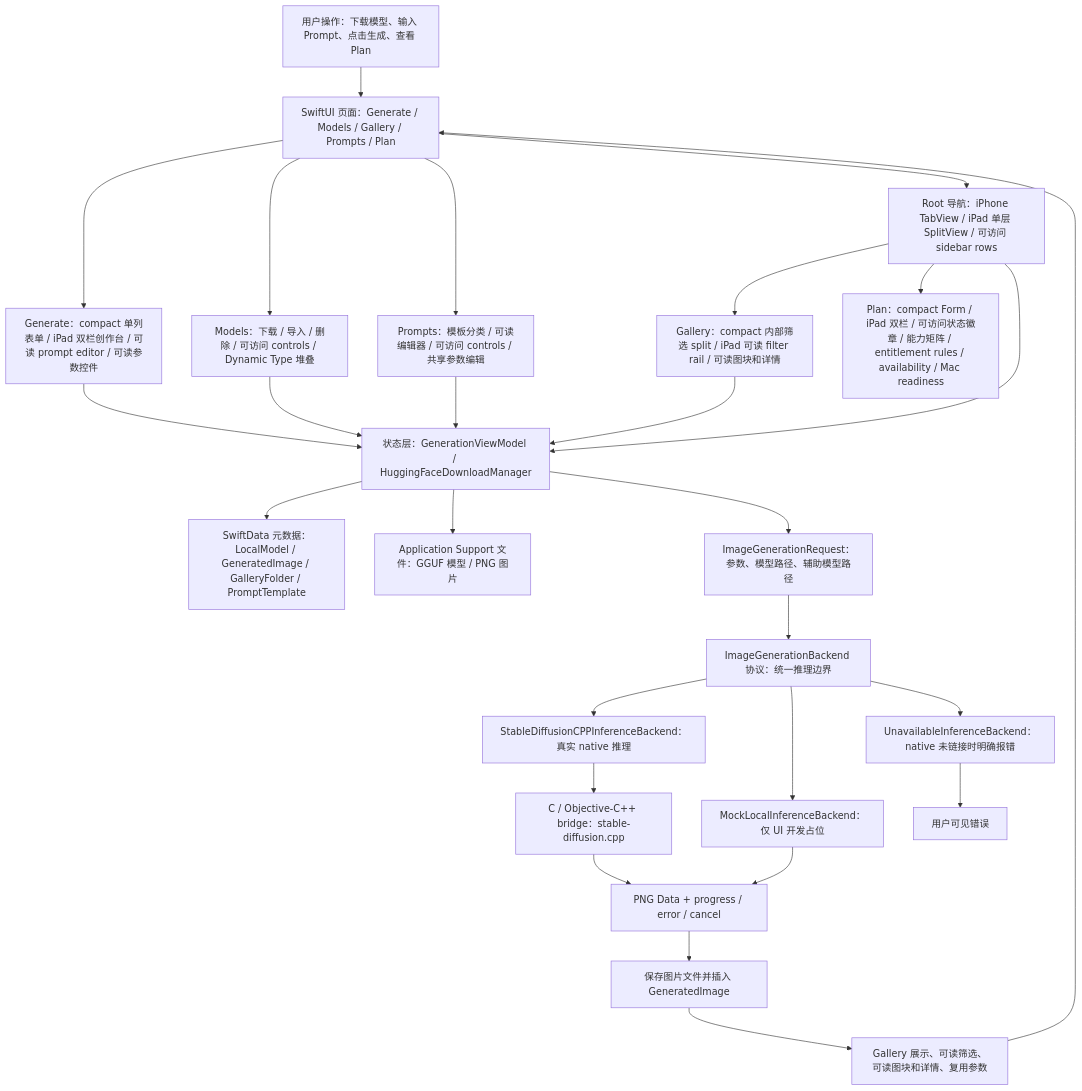
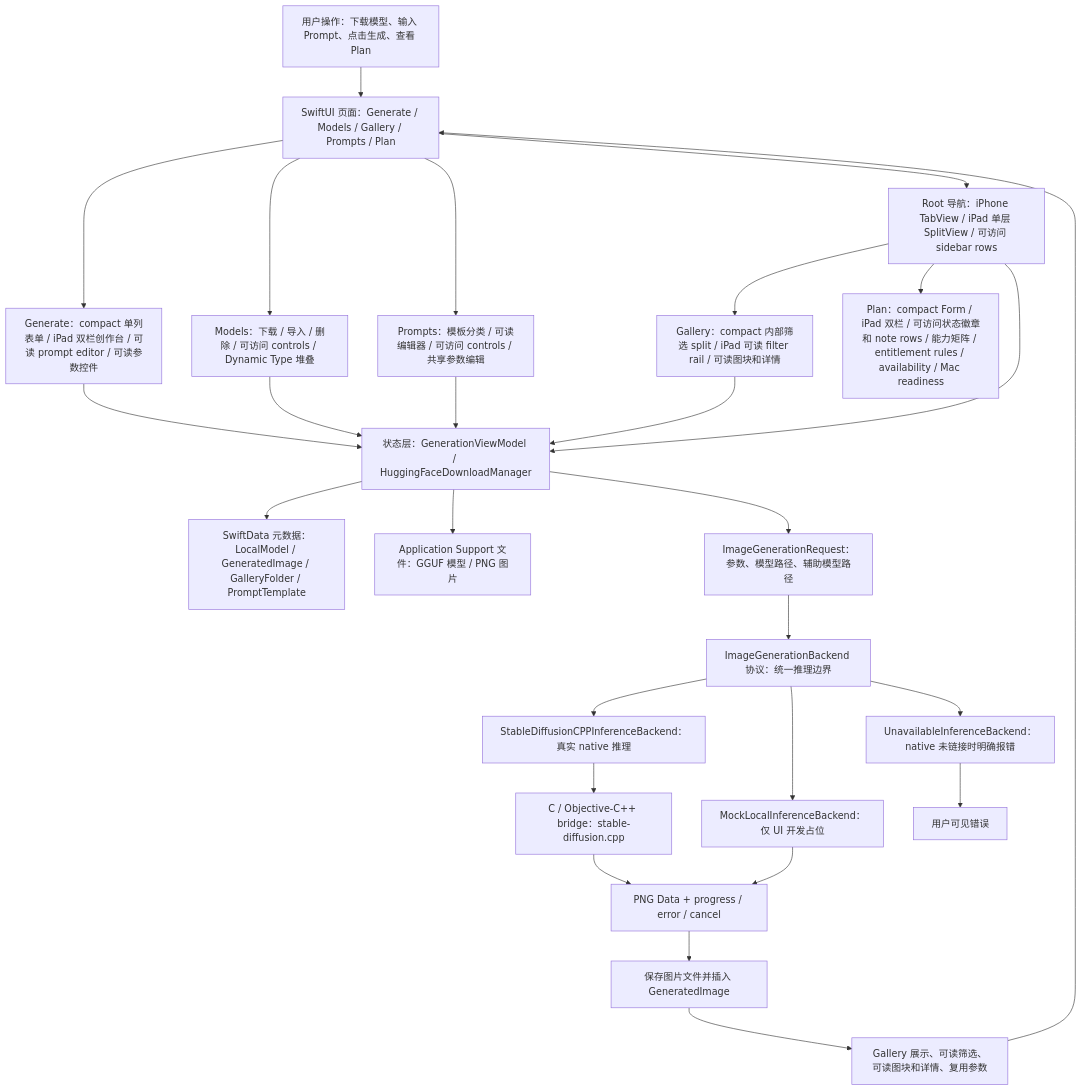
One commit to Altman-sam114/118 changed the first of 7 diagrams in md/flow/flowchart.md. Above: the diagram before and after it, drawn with Mermaid. The commit also changed 5 other files, not shown here.

````diff
--- a/md/flow/flowchart.md
+++ b/md/flow/flowchart.md
@@ -9,29 +9,29 @@
 ```mermaid
 flowchart TD
   U["用户操作：下载模型、输入 Prompt、点击生成、查看 Plan"] --> UI["SwiftUI 页面：Generate / Models / Gallery / Prompts / Plan"]
   UI --> GENUI["Generate：compact 单列表单 / iPad 双栏创作台 / 可读 prompt editor / 可读参数控件"]
   UI --> MODELUI["Models：下载 / 导入 / 删除 / 可访问 controls / Dynamic Type 堆叠"]
   UI --> PROMPTUI["Prompts：模板分类 / 可读编辑器 / 可访问 controls / 共享参数编辑"]
   UI --> NAV["Root 导航：iPhone TabView / iPad 单层 SplitView / 可访问 sidebar rows"]
   NAV --> GALUI["Gallery：compact 内部筛选 split / iPad 可读 filter rail / 可读图块和详情"]
-  NAV --> PLANUI["Plan：compact Form / iPad 双栏 / 可访问状态徽章 / 能力矩阵 / entitlement rules / availability / Mac readiness"]
+  NAV --> PLANUI["Plan：compact Form / iPad 双栏 / 可访问状态徽章和 note rows / 能力矩阵 / entitlement rules / availability / Mac readiness"]
   NAV --> VM["状态层：GenerationViewModel / HuggingFaceDownloadManager"]
   GENUI --> VM
   MODELUI --> VM
   PROMPTUI --> VM
   GALUI --> VM
   VM --> SD["SwiftData 元数据：LocalModel / GeneratedImage / GalleryFolder / PromptTemplate"]
   VM --> FS["Application Support 文件：GGUF 模型 / PNG 图片"]
   VM --> REQ["ImageGenerationRequest：参数、模型路径、辅助模型路径"]
   REQ --> IFACE["ImageGenerationBackend 协议：统一推理边界"]
   IFACE --> NATIVE["StableDiffusionCPPInferenceBackend：真实 native 推理"]
   IFACE --> MOCK["MockLocalInferenceBackend：仅 UI 开发占位"]
   IFACE --> OFF["UnavailableInferenceBackend：native 未链接时明确报错"]
   NATIVE --> BRIDGE["C / Objective-C++ bridge：stable-diffusion.cpp"]
   BRIDGE --> PNG["PNG Data + progress / error / cancel"]
   MOCK --> PNG
   OFF --> ERR["用户可见错误"]
   PNG --> SAVE["保存图片文件并插入 GeneratedImage"]
   SAVE --> GALLERY["Gallery 展示、可读筛选、可读图块和详情、复用参数"]
   GALLERY --> UI
 ```
````
